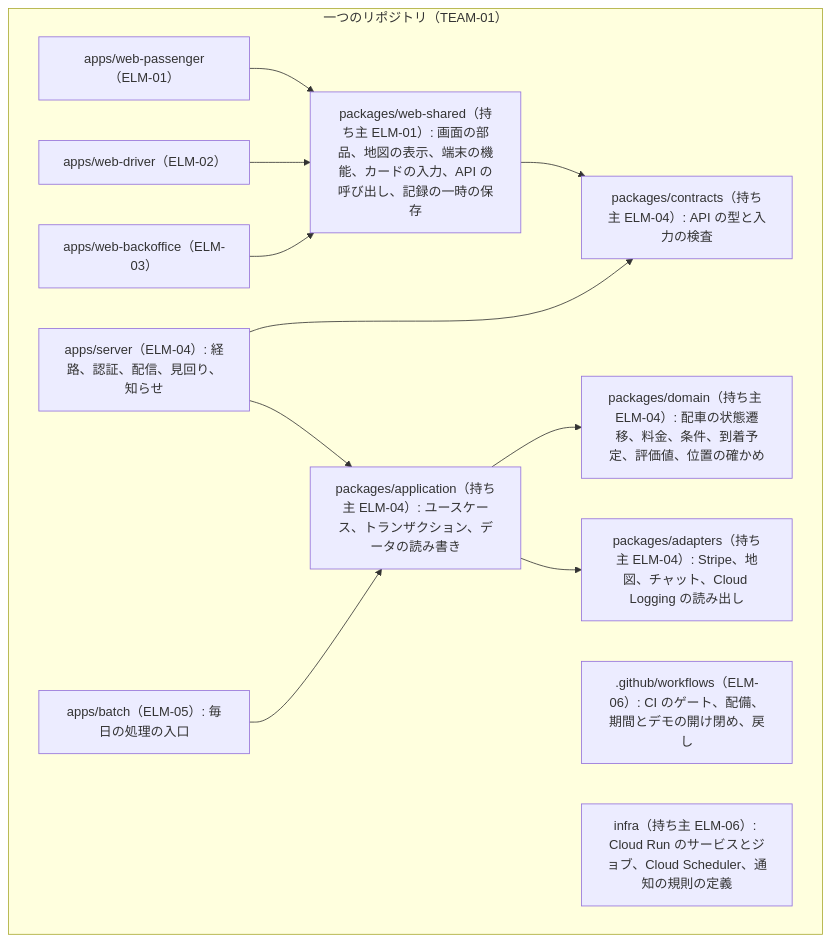
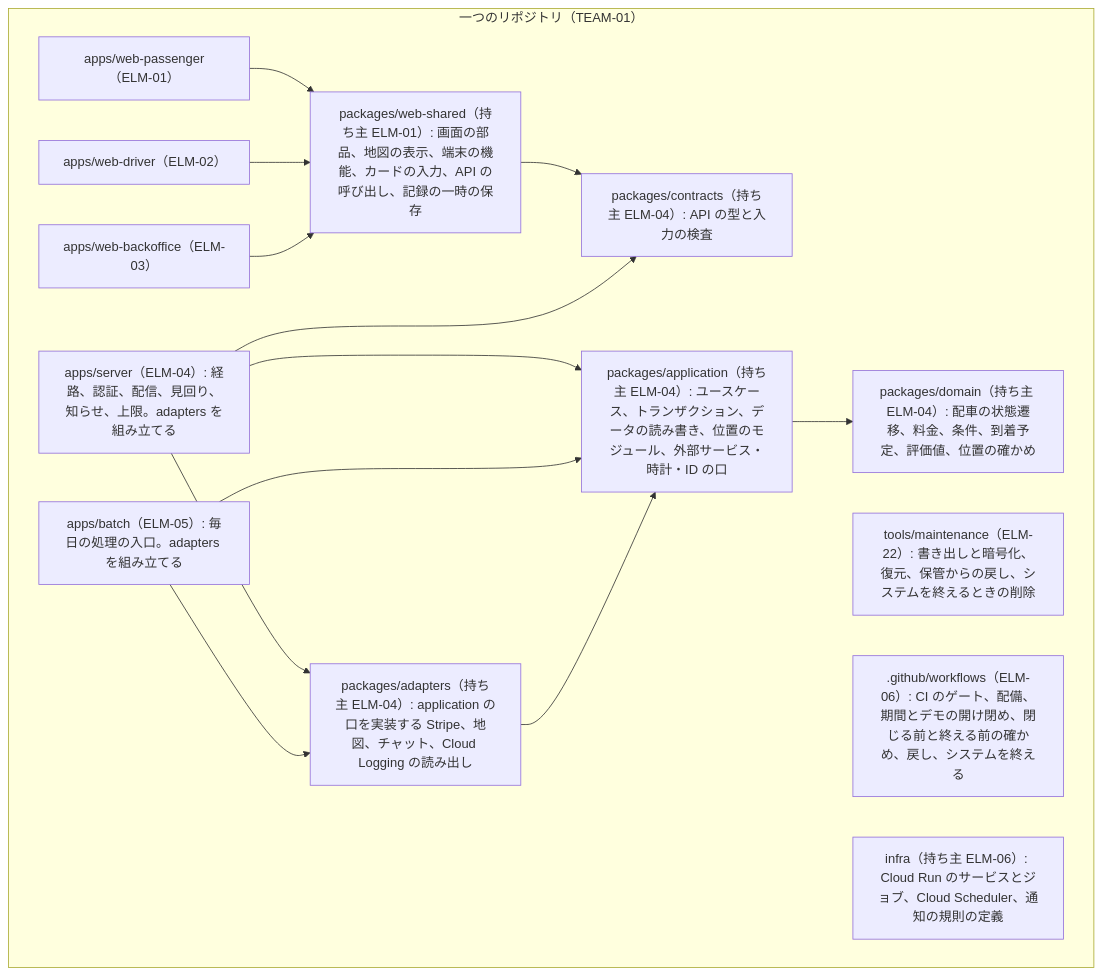
Before and after one commit to Taro000/ride-hailing-app-demo: the sixth of 6 diagrams in docs/design/2-architecture.md, drawn with Mermaid. The commit also changed other lines of this file and 55 other files, not shown here.

First line of the commit message:
architecture-drivers-to-architecture 再実行: FND-04〜17 を受け入れ、DEC-33〜37 と ELM-22・23 を追加

````diff
--- a/docs/design/2-architecture.md
+++ b/docs/design/2-architecture.md
@@ -741,26 +941,29 @@
 ```mermaid
 flowchart TB
   subgraph repo["一つのリポジトリ（TEAM-01）"]
     webp["apps/web-passenger（ELM-01）"]
     webd["apps/web-driver（ELM-02）"]
     webb["apps/web-backoffice（ELM-03）"]
     webs["packages/web-shared（持ち主 ELM-01）: 画面の部品、地図の表示、端末の機能、カードの入力、API の呼び出し、記録の一時の保存"]
-    server["apps/server（ELM-04）: 経路、認証、配信、見回り、知らせ"]
-    batch["apps/batch（ELM-05）: 毎日の処理の入口"]
-    usecase["packages/application（持ち主 ELM-04）: ユースケース、トランザクション、データの読み書き"]
+    server["apps/server（ELM-04）: 経路、認証、配信、見回り、知らせ、上限。adapters を組み立てる"]
+    batch["apps/batch（ELM-05）: 毎日の処理の入口。adapters を組み立てる"]
+    usecase["packages/application（持ち主 ELM-04）: ユースケース、トランザクション、データの読み書き、位置のモジュール、外部サービス・時計・ID の口"]
     domain["packages/domain（持ち主 ELM-04）: 配車の状態遷移、料金、条件、到着予定、評価値、位置の確かめ"]
-    adapters["packages/adapters（持ち主 ELM-04）: Stripe、地図、チャット、Cloud Logging の読み出し"]
+    adapters["packages/adapters（持ち主 ELM-04）: application の口を実装する Stripe、地図、チャット、Cloud Logging の読み出し"]
     contracts["packages/contracts（持ち主 ELM-04）: API の型と入力の検査"]
-    wf[".github/workflows（ELM-06）: CI のゲート、配備、期間とデモの開け閉め、戻し"]
+    tools["tools/maintenance（ELM-22）: 書き出しと暗号化、復元、保管からの戻し、システムを終えるときの削除"]
+    wf[".github/workflows（ELM-06）: CI のゲート、配備、期間とデモの開け閉め、閉じる前と終える前の確かめ、戻し、システムを終える"]
     infra["infra（持ち主 ELM-06）: Cloud Run のサービスとジョブ、Cloud Scheduler、通知の規則の定義"]
   end
   webp --> webs
   webd --> webs
   webb --> webs
   webs --> contracts
   server --> usecase
+  server --> adapters
   server --> contracts
   batch --> usecase
+  batch --> adapters
+  adapters --> usecase
   usecase --> domain
-  usecase --> adapters
 ```
````
